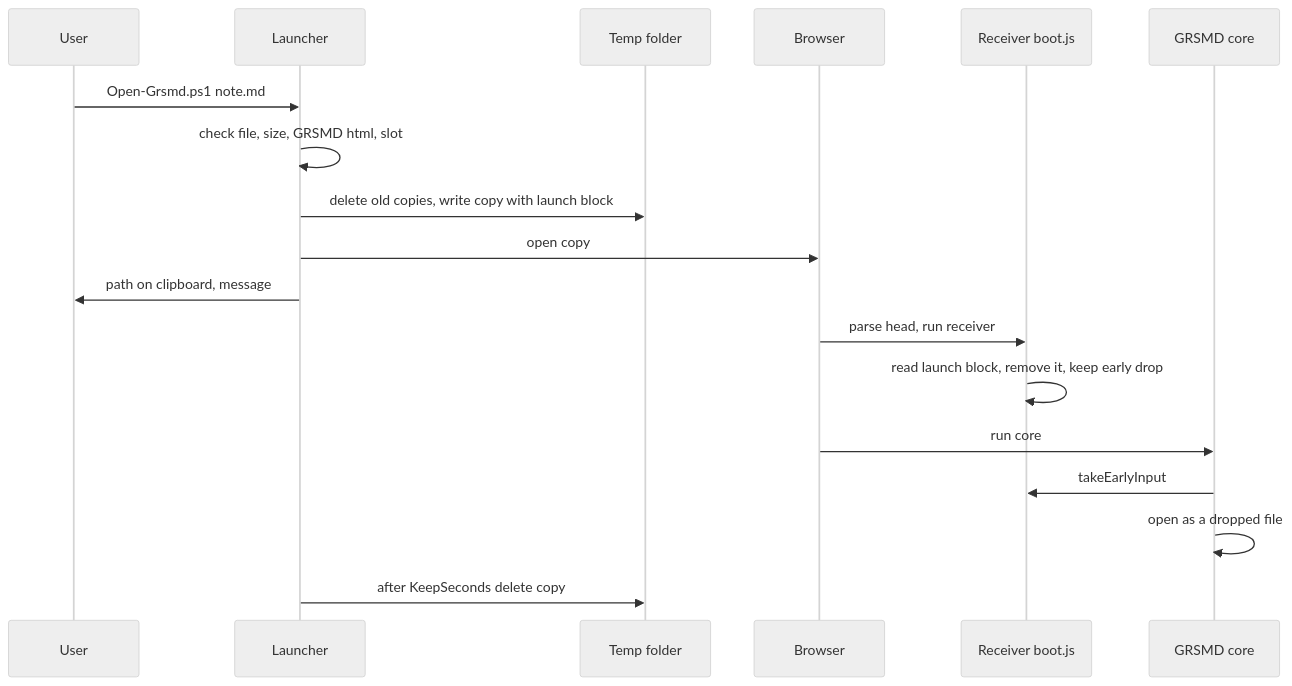
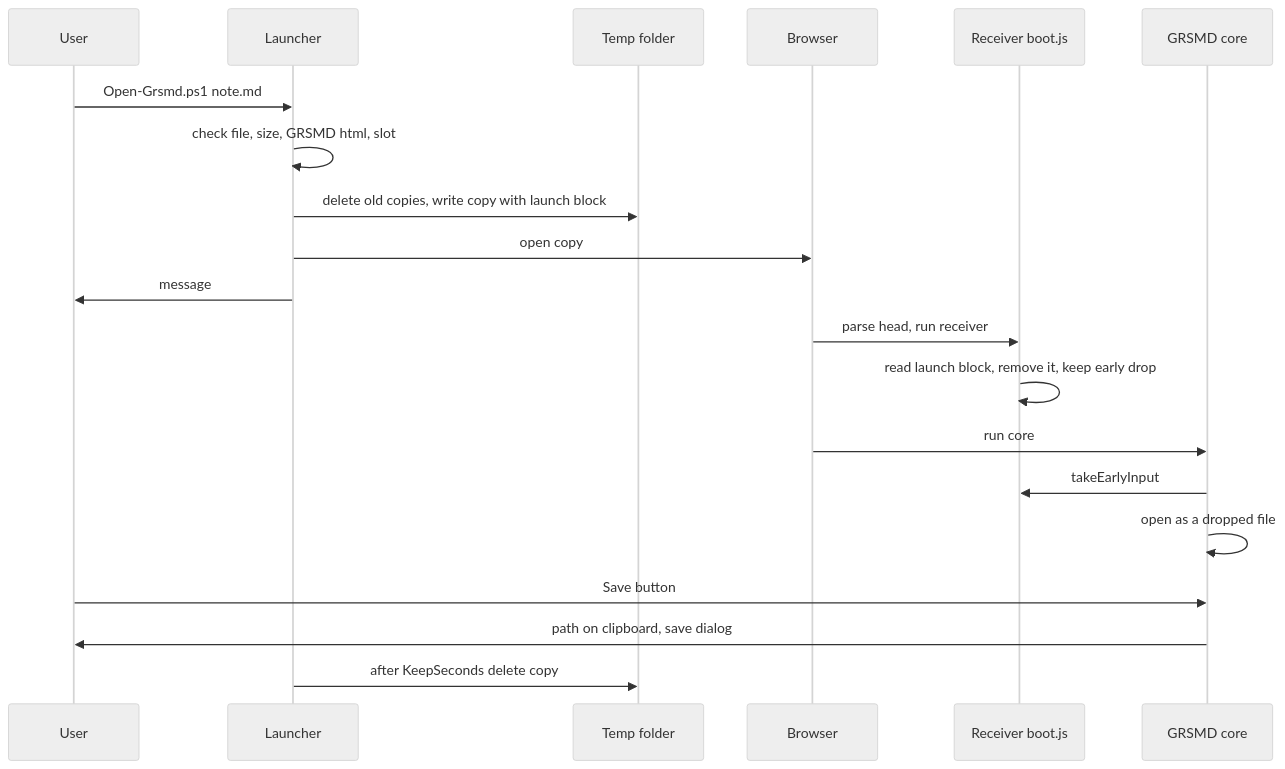
The fourth of 4 diagrams in spec/grsmd_launcher_spec_en.md (GoodRelax/gr-simple-md-renderer), drawn with Mermaid (neutral theme) before and after one commit. The commit also changed other lines of this file and 21 other files, not shown here.

First line of the commit message:
Add a Save button that offers the launched file's path

````diff
--- a/spec/grsmd_launcher_spec_en.md
+++ b/spec/grsmd_launcher_spec_en.md
@@ -290,20 +297,22 @@
 ```mermaid
 sequenceDiagram
     participant U as User
     participant L as Launcher
     participant F as Temp folder
     participant B as Browser
     participant R as Receiver boot.js
     participant C as GRSMD core
     U->>L : Open-Grsmd.ps1 note.md
     L->>L : check file, size, GRSMD html, slot
     L->>F : delete old copies, write copy with launch block
     L->>B : open copy
-    L->>U : path on clipboard, message
+    L->>U : message
     B->>R : parse head, run receiver
     R->>R : read launch block, remove it, keep early drop
     B->>C : run core
     C->>R : takeEarlyInput
     C->>C : open as a dropped file
+    U->>C : Save button
+    C->>U : path on clipboard, save dialog
     L->>F : after KeepSeconds delete copy
 ```
````
